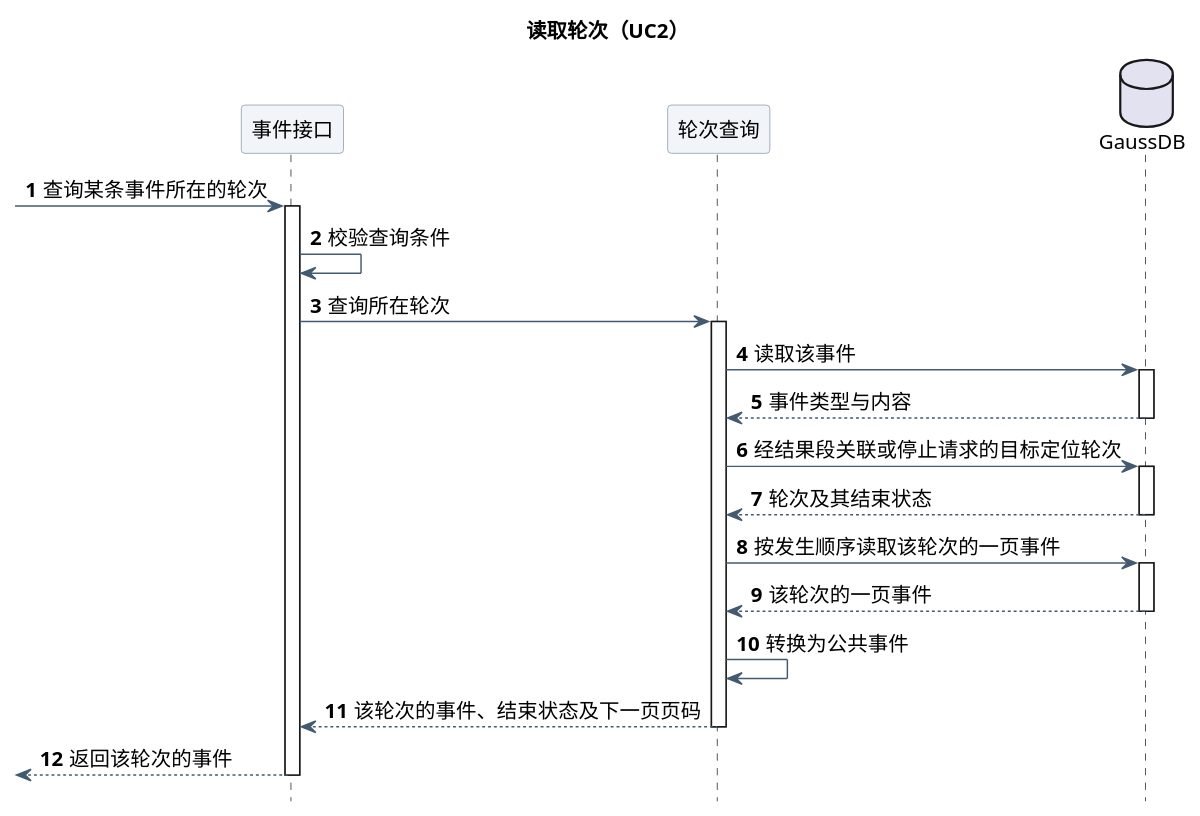
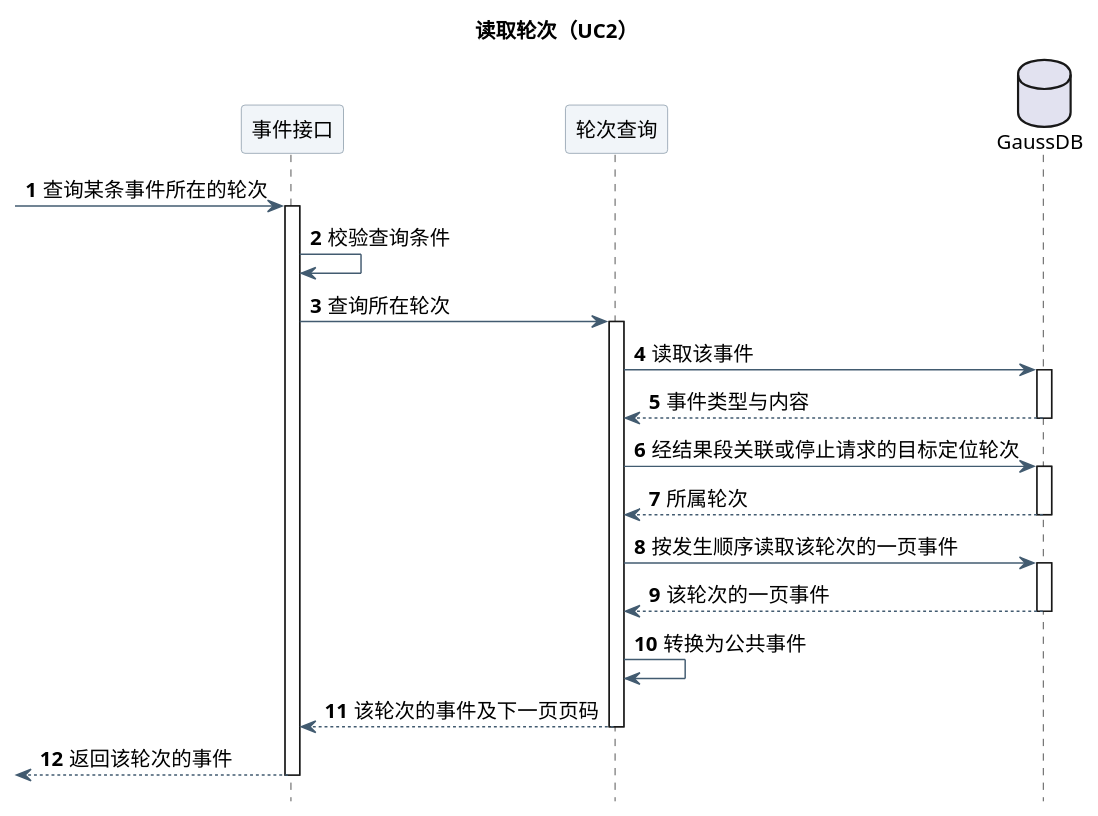
Before and after one commit to ssm0808/pi-mono-java-design: the second of 3 diagrams in 01-总体架构/01-CampusClaw多Agent运行时/设计图/Agent用户事件查询/diagram.puml, drawn with PlantUML. The commit also changed other lines of this file and 5 other files, not shown here.

```diff
--- a/01-总体架构/01-CampusClaw多Agent运行时/设计图/Agent用户事件查询/diagram.puml
+++ b/01-总体架构/01-CampusClaw多Agent运行时/设计图/Agent用户事件查询/diagram.puml
@@ -54,48 +54,48 @@
 @startuml event_turn_resolution
 ' 源码证据：pi-mono-java main 769e86592285f4a25b0febaf551eddea6bc7212c
 ' modules/coding-agent-cli/src/main/java/com/campusclaw/codingagent/runtimeapi/
 ' persistence/RuntimeExecutionPersistenceService.java:acceptMessage,acceptInterrupt,appendEntry
 ' persistence/MyBatisRuntimeExecutionControlRepository.java:linkCommittedEvent,appendToSegment,markTerminal
 ' event/RuntimeCompactionEventProjector.java:persistCompaction
 ' modules/coding-agent-cli/src/main/resources/mapper/session/RuntimeSessionMapper.xml:findCommittedEvent
 ' 已观察行为：user.message、续跑、Agent 输出和 idle 都关联到结果段；
 ' user.interrupt 只保存 targetEventId；执行内自动压缩尚未关联。
 ' 设计原因：复用根执行作为轮次身份，不新增轮次表。
 skinparam backgroundColor white
 skinparam defaultFontName SansSerif
 skinparam defaultFontSize 14
 skinparam shadowing false
 skinparam ArrowColor #425B70
 skinparam sequenceParticipantBackgroundColor #F1F5F9
 skinparam sequenceParticipantBorderColor #8496A4
 skinparam sequenceMessageAlign left
 skinparam maxMessageSize 190
 hide footbox
 autonumber
 title 读取轮次（UC2）
 participant "事件接口" as Web
 participant "轮次查询" as Svc
 database "GaussDB" as DB
 [-> Web : 查询某条事件所在的轮次
 activate Web
 Web -> Web : 校验查询条件
 Web -> Svc : 查询所在轮次
 activate Svc
 Svc -> DB : 读取该事件
 activate DB
 DB --> Svc : 事件类型与内容
 deactivate DB
 Svc -> DB : 经结果段关联或停止请求的目标定位轮次
 activate DB
-DB --> Svc : 轮次及其结束状态
+DB --> Svc : 所属轮次
 deactivate DB
 Svc -> DB : 按发生顺序读取该轮次的一页事件
 activate DB
 DB --> Svc : 该轮次的一页事件
 deactivate DB
 Svc -> Svc : 转换为公共事件
-Svc --> Web : 该轮次的事件、结束状态及下一页页码
+Svc --> Web : 该轮次的事件及下一页页码
 deactivate Svc
 [<-- Web : 返回该轮次的事件
 deactivate Web
 @enduml
```
